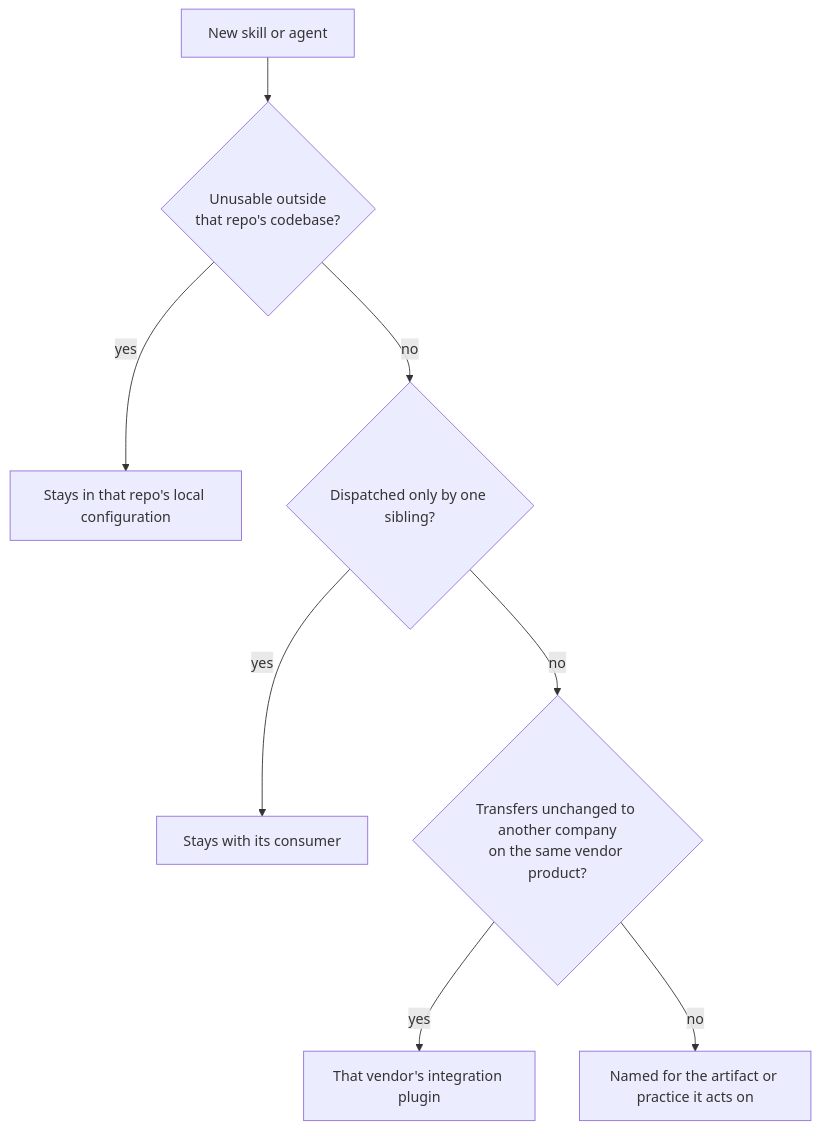
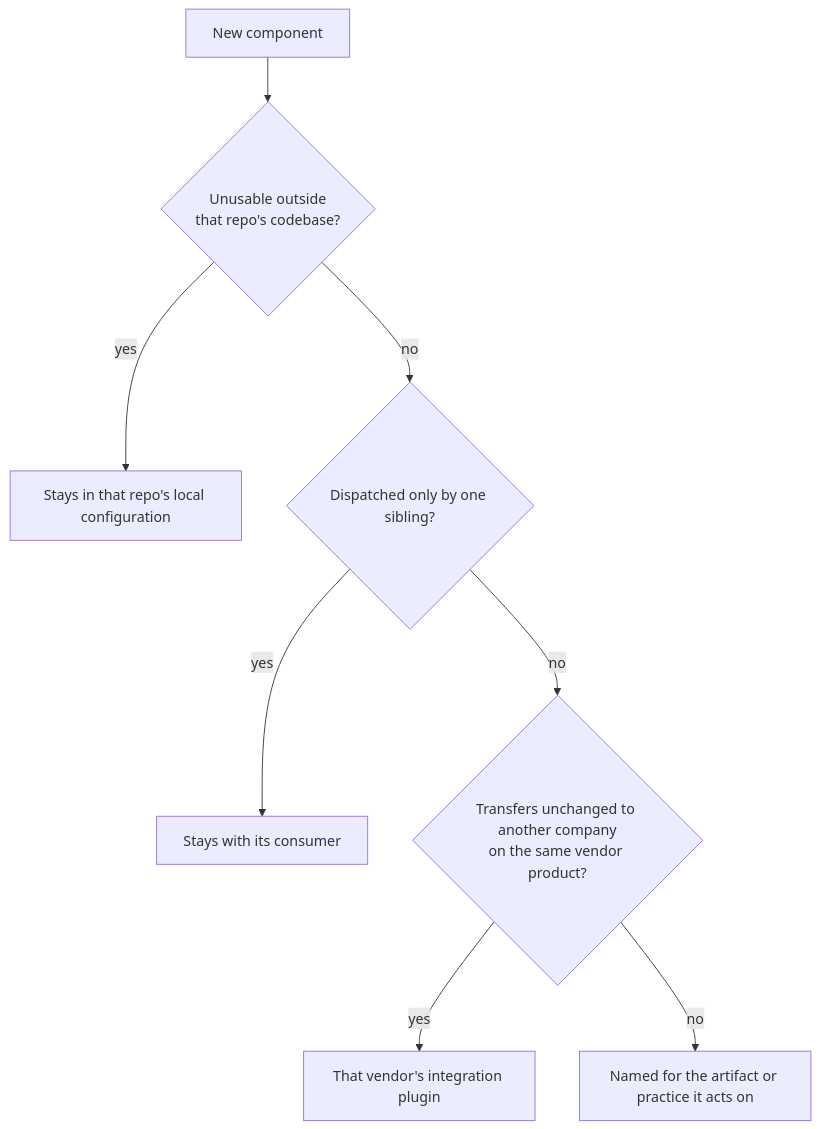
The second of 3 diagrams in docs/architecture/adr/0035-adopt-ai-plugin-taxonomy.md (bitwarden/contributing-docs), drawn with Mermaid before and after one commit. The commit also changed other lines of this file, not shown here.

First line of the commit message:
Name the third kind of entry and stop enumerating component types

````diff
--- a/docs/architecture/adr/0035-adopt-ai-plugin-taxonomy.md
+++ b/docs/architecture/adr/0035-adopt-ai-plugin-taxonomy.md
@@ -88,10 +90,10 @@
 ```mermaid
 flowchart TD
-    A["New skill or agent"] --> B{"Unusable outside<br/>that repo's codebase?"}
+    A["New component"] --> B{"Unusable outside<br/>that repo's codebase?"}
     B -->|yes| B1["Stays in that repo's local configuration"]
     B -->|no| C{"Dispatched only by one sibling?"}
     C -->|yes| C1["Stays with its consumer"]
     C -->|no| D{"Transfers unchanged to another company<br/>on the same vendor product?"}
     D -->|yes| D1["That vendor's integration plugin"]
     D -->|no| E["Named for the artifact or practice it acts on"]
 ```
````
